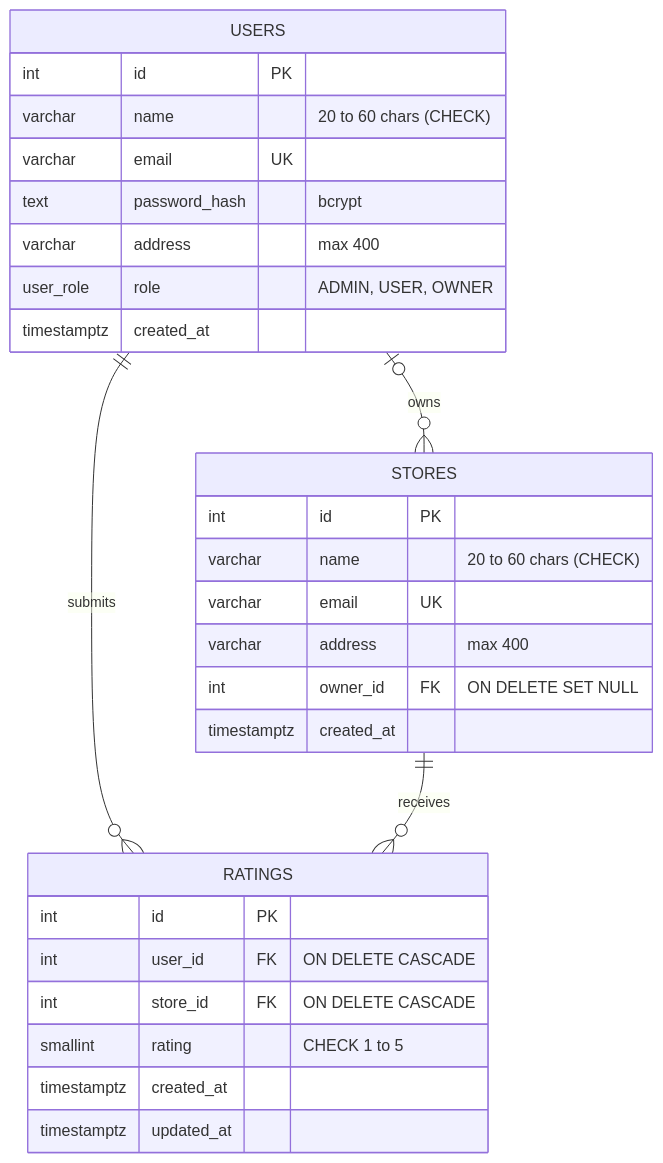
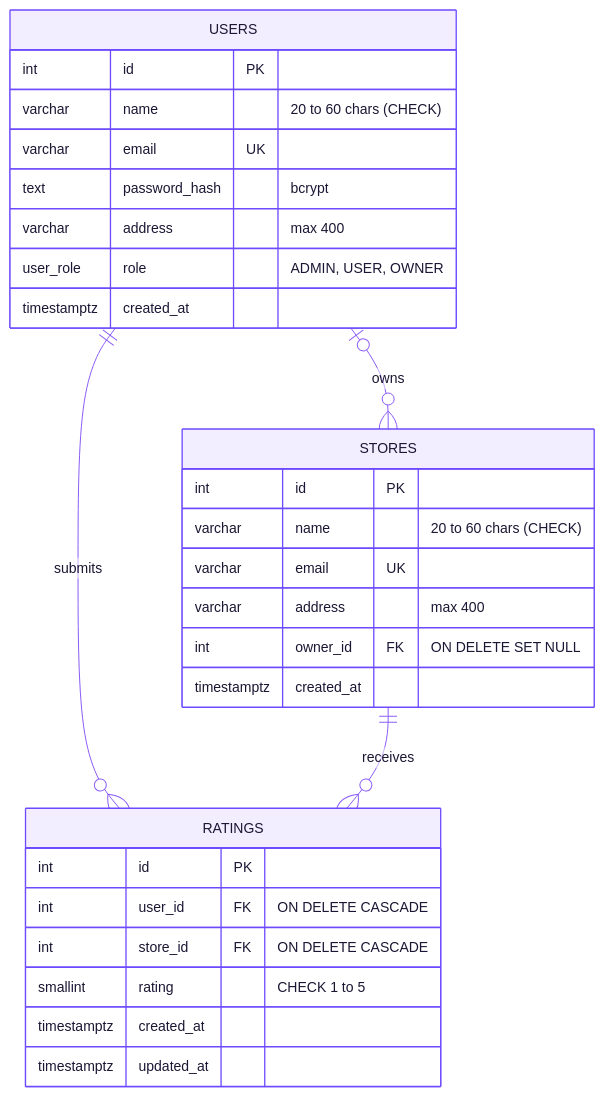
Before and after one commit to shakibuddin677-shakib/roxiler-store-rating-system: the third of 4 diagrams in README.md, drawn with Mermaid. The commit also changed other lines of this file, not shown here.

````diff
--- a/README.md
+++ b/README.md
@@ -143,32 +224,39 @@
 ```mermaid
+%%{init: {'theme':'base', 'themeVariables': {
+  'primaryColor': '#F3EEFF',
+  'primaryBorderColor': '#6d4aff',
+  'primaryTextColor': '#1b1633',
+  'lineColor': '#8b5cf6',
+  'fontSize': '14px'
+}}}%%
 erDiagram
     USERS ||--o{ RATINGS : submits
     STORES ||--o{ RATINGS : receives
     USERS |o--o{ STORES : owns
 
     USERS {
         int id PK
         varchar name "20 to 60 chars (CHECK)"
         varchar email UK
         text password_hash "bcrypt"
         varchar address "max 400"
         user_role role "ADMIN, USER, OWNER"
         timestamptz created_at
     }
     STORES {
         int id PK
         varchar name "20 to 60 chars (CHECK)"
         varchar email UK
         varchar address "max 400"
         int owner_id FK "ON DELETE SET NULL"
         timestamptz created_at
     }
     RATINGS {
         int id PK
         int user_id FK "ON DELETE CASCADE"
         int store_id FK "ON DELETE CASCADE"
         smallint rating "CHECK 1 to 5"
         timestamptz created_at
         timestamptz updated_at
     }
 ```
````
